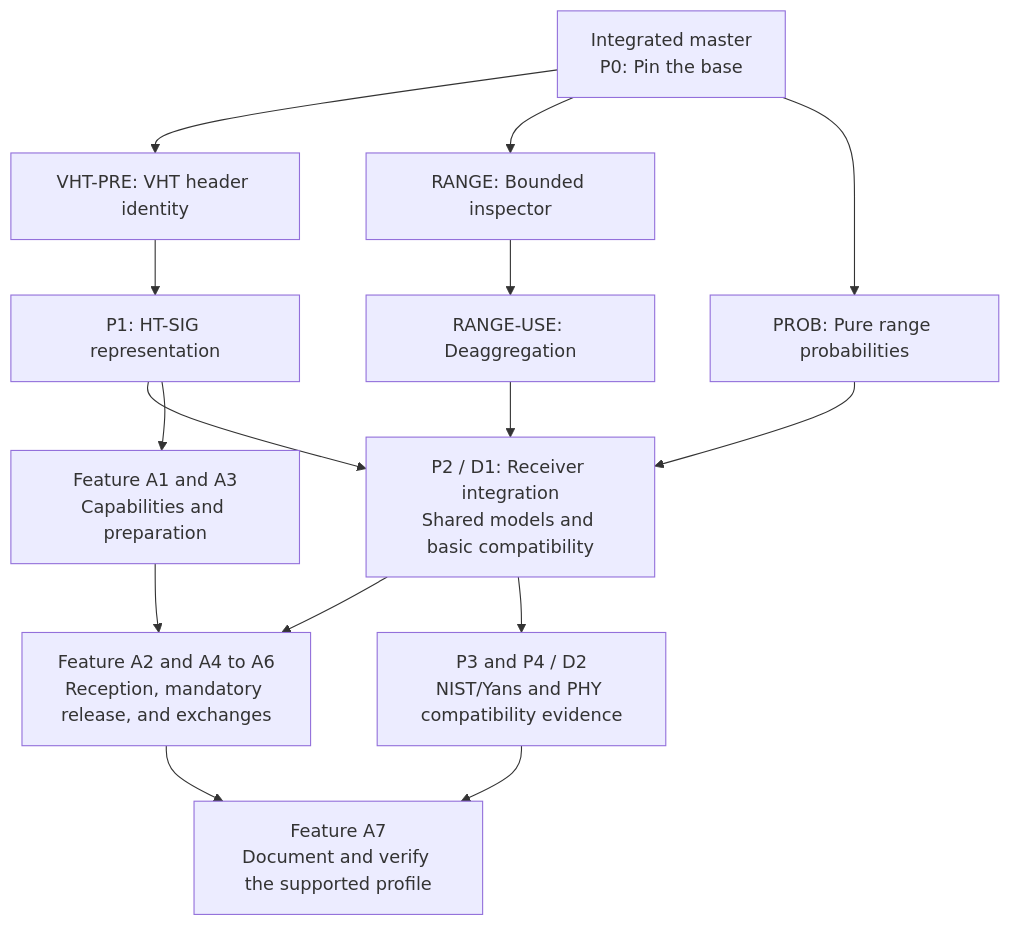
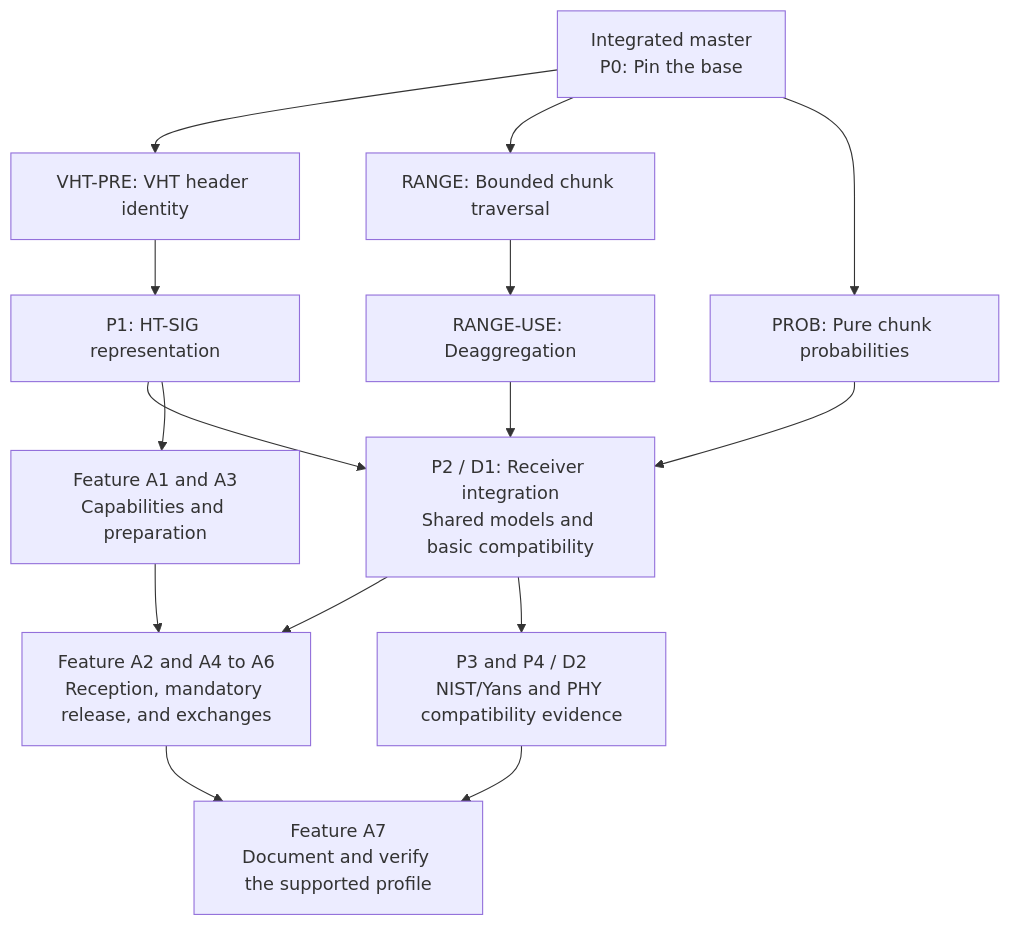
One commit to inet-framework/inet changed the second of 2 diagrams in plan/pending/ieee80211-ampdu-phy-reception.md. Above: the diagram before and after it, drawn with Mermaid. The commit also changed other lines of this file and 2 other files, not shown here.

First line of the commit message:
plan: change: define chunk-based PHY reception boundaries

````diff
--- a/plan/pending/ieee80211-ampdu-phy-reception.md
+++ b/plan/pending/ieee80211-ampdu-phy-reception.md
@@ -297,17 +290,17 @@
 ```mermaid
 flowchart TD
     M["Integrated master<br/>P0: Pin the base"] --> V["VHT-PRE: VHT header identity"]
     V --> P1["P1: HT-SIG representation"]
-    M --> R["RANGE: Bounded inspector"]
+    M --> R["RANGE: Bounded chunk traversal"]
     R --> U["RANGE-USE: Deaggregation"]
-    M --> B["PROB: Pure range probabilities"]
+    M --> B["PROB: Pure chunk probabilities"]
     P1 --> P2
     U --> P2
     B --> P2
     P1 --> A1["Feature A1 and A3<br/>Capabilities and preparation"]
     P2["P2 / D1: Receiver integration<br/>Shared models and basic compatibility"] --> A4
     A1 --> A4["Feature A2 and A4 to A6<br/>Reception, mandatory release, and exchanges"]
     P2 --> P3["P3 and P4 / D2<br/>NIST/Yans and PHY compatibility evidence"]
     A4 --> A7["Feature A7<br/>Document and verify the supported profile"]
     P3 --> A7
 ```
````
